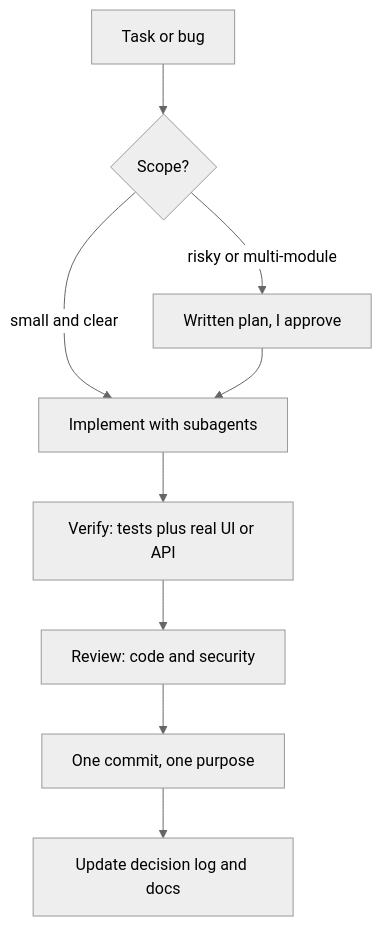
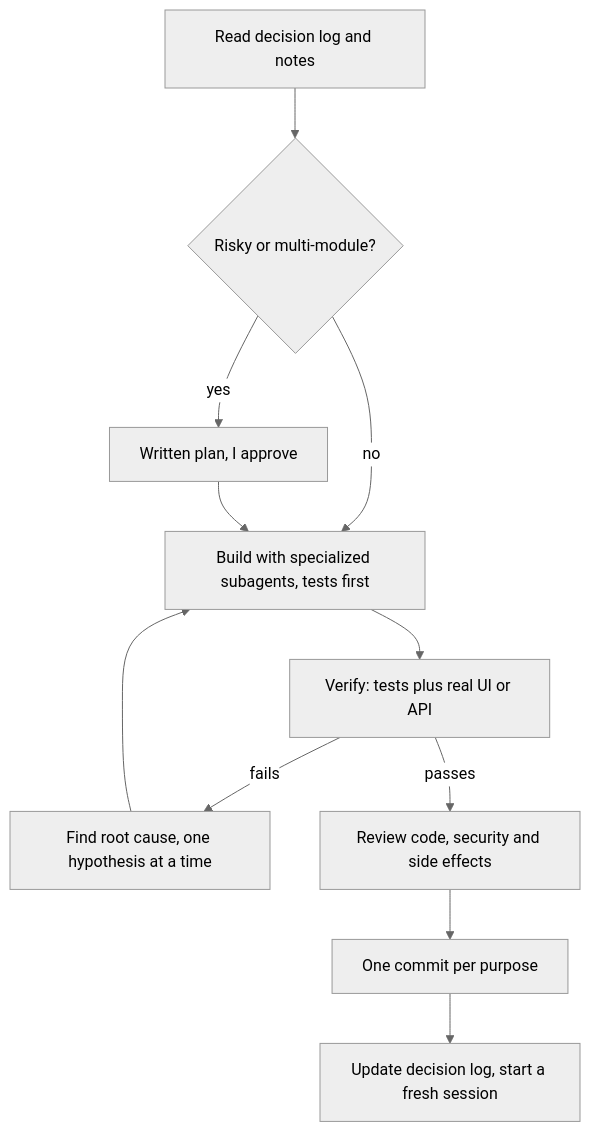
The diagram in README.md (nghianguyenhk0981/nghianguyenhk0981), drawn with Mermaid (neutral theme) before and after one commit. The commit also changed other lines of this file, not shown here.

Commit message:
docs: condense AI workflow section and complete the diagram

````diff
--- a/README.md
+++ b/README.md
@@ -69,11 +69,13 @@
 ```mermaid
 flowchart TD
-    A["Task or bug"] --> B{"Scope?"}
-    B -->|"small and clear"| D["Implement with subagents"]
-    B -->|"risky or multi-module"| C["Written plan, I approve"]
+    A["Read decision log and notes"] --> B{"Risky or multi-module?"}
+    B -->|"yes"| C["Written plan, I approve"]
+    B -->|"no"| D["Build with specialized subagents, tests first"]
     C --> D
-    D --> F["Verify: tests plus real UI or API"]
-    F --> G["Review: code and security"]
-    G --> H["One commit, one purpose"]
-    H --> I["Update decision log and docs"]
+    D --> E["Verify: tests plus real UI or API"]
+    E -->|"fails"| F["Find root cause, one hypothesis at a time"]
+    F --> D
+    E -->|"passes"| G["Review code, security and side effects"]
+    G --> H["One commit per purpose"]
+    H --> I["Update decision log, start a fresh session"]
 ```
````
